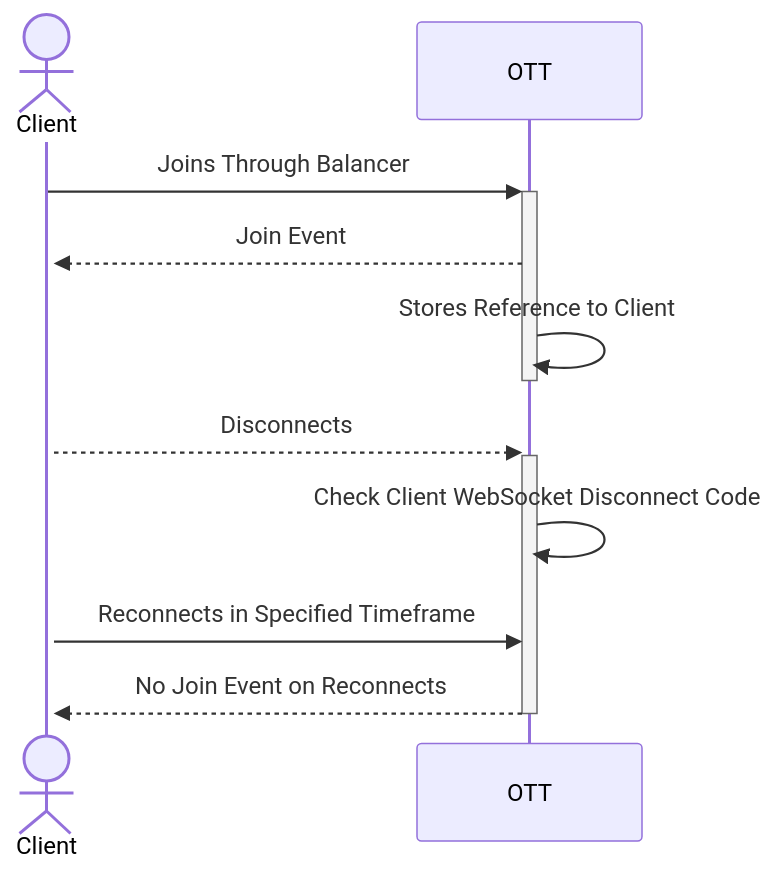
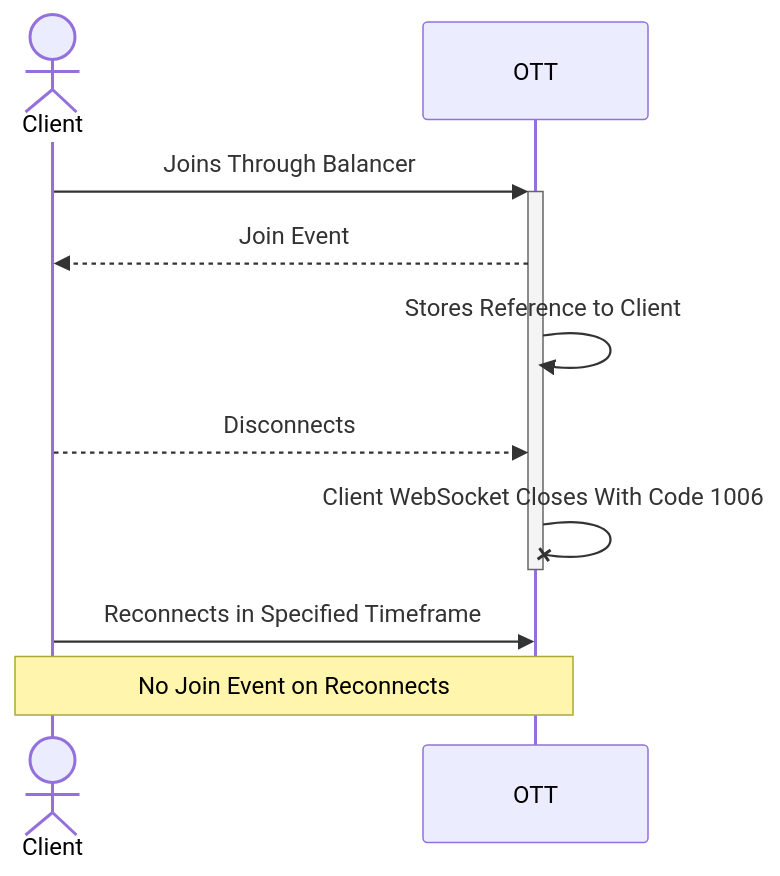
Before and after one commit to dyc3/senior-design: the diagram in figures/client-reconnect-sequence.mmd, drawn with Mermaid. The commit also changed 1 other file, not shown here.

Commit message:
update diagram

```diff
--- a/figures/client-reconnect-sequence.mmd
+++ b/figures/client-reconnect-sequence.mmd
@@ -1,9 +1,9 @@
 sequenceDiagram
     Actor Client
     Client->>+OTT: Joins Through Balancer
-    OTT-->>+Client: Join Event
-    OTT->>-OTT: Stores Reference to Client
-    Client-->>+OTT: Disconnects
-    OTT->>OTT: Check Client WebSocket Disconnect Code
+    OTT-->>Client: Join Event
+    OTT->>OTT: Stores Reference to Client
+    Client-->>OTT: Disconnects
+    OTT-x-OTT: Client WebSocket Closes With Code 1006
     Client->>OTT: Reconnects in Specified Timeframe
-    OTT-->>-Client: No Join Event on Reconnects
+    note over Client,OTT: No Join Event on Reconnects
```
